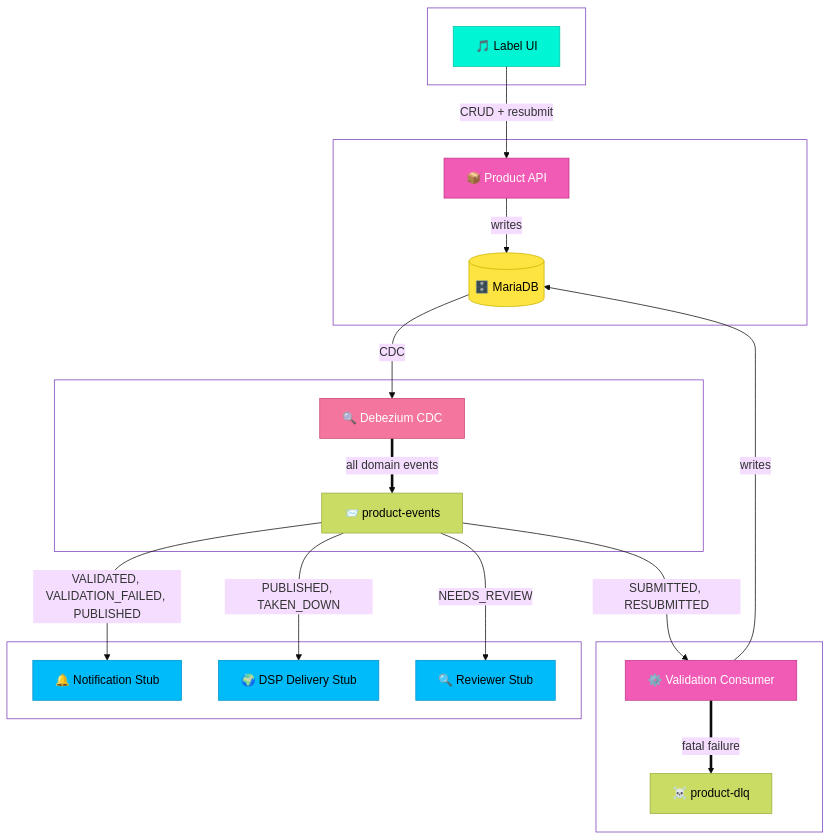
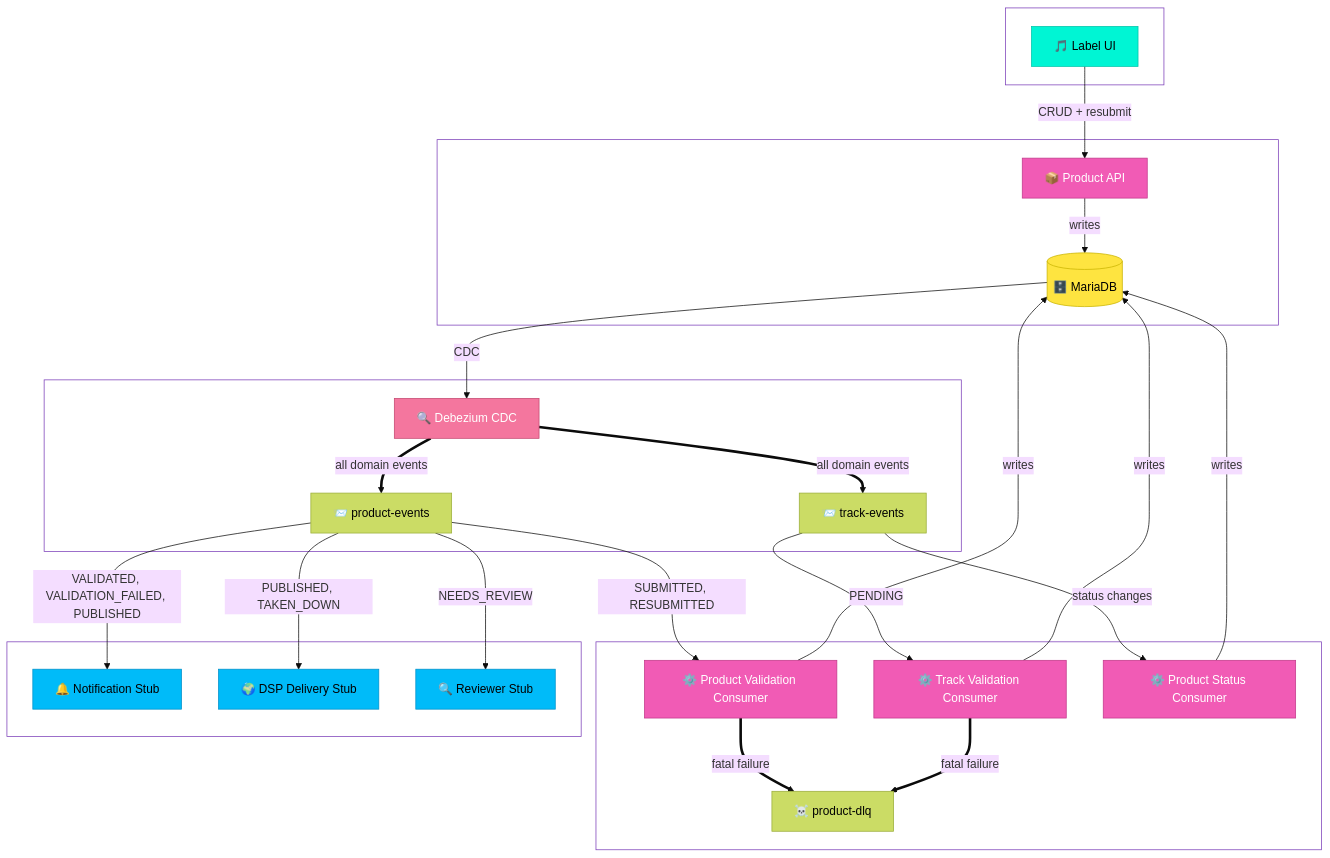
Before and after one commit to thisteensy/product-validation-service: the diagram in README.md, drawn with Mermaid.

Commit message:
updates chart in README

````diff
--- a/README.md
+++ b/README.md
@@ -17,60 +17,72 @@
 ```mermaid
 ---
 config:
   layout: dagre
   theme: base
 ---
 flowchart TB
  subgraph Clients["Clients"]
         LABEL_UI["🎵 Label UI"]
   end
  subgraph Core["Product Catalog Service"]
         PAPI["📦 Product API"]
         DB[("🗄️ MariaDB")]
   end
  subgraph Stream["Event Stream"]
         DEB["🔍 Debezium CDC"]
         T1["📨 product-events"]
+        T2["📨 track-events"]
   end
- subgraph QC["Validation Consumer"]
-        CONSUMER["⚙️ Validation Consumer"]
-        T2["☠️ product-dlq"]
+ subgraph QC["Validation Consumers"]
+        PCONSUMER["⚙️ Product Validation Consumer"]
+        TCONSUMER["⚙️ Track Validation Consumer"]
+        SCONSUMER["⚙️ Product Status Consumer"]
+        DLQ["☠️ product-dlq"]
   end
  subgraph Downstream["Downstream"]
         NOTIFY["🔔 Notification Stub"]
         DSP["🌍 DSP Delivery Stub"]
         REVIEWER["🔍 Reviewer Stub"]
   end
     LABEL_UI -- "CRUD + resubmit" --> PAPI
     PAPI -- writes --> DB
-    CONSUMER -- writes --> DB
+    PCONSUMER -- writes --> DB
+    TCONSUMER -- writes --> DB
+    SCONSUMER -- writes --> DB
     DB -- CDC --> DEB
     DEB == all domain events ==> T1
-    T1 -- SUBMITTED, RESUBMITTED --> CONSUMER
-    CONSUMER == fatal failure ==> T2
+    DEB == all domain events ==> T2
+    T1 -- SUBMITTED, RESUBMITTED --> PCONSUMER
+    PCONSUMER == fatal failure ==> DLQ
+    T2 -- PENDING --> TCONSUMER
+    TCONSUMER == fatal failure ==> DLQ
+    T2 -- status changes --> SCONSUMER
     T1 -- VALIDATED, VALIDATION_FAILED, PUBLISHED --> NOTIFY
     T1 -- PUBLISHED, TAKEN_DOWN --> DSP
     T1 -- NEEDS_REVIEW --> REVIEWER
 
      LABEL_UI:::external
      PAPI:::service
-     CONSUMER:::service
+     PCONSUMER:::service
+     TCONSUMER:::service
+     SCONSUMER:::service
      DB:::storage
      DEB:::infra
      T1:::topic
      T2:::topic
+     DLQ:::topic
      NOTIFY:::stub
      DSP:::stub
      REVIEWER:::stub
     classDef external fill:#00F5D4,stroke:#00C4A9,color:#000
     classDef service fill:#F15BB5,stroke:#C1398A,color:#fff
     classDef infra fill:#F4769E,stroke:#C44870,color:#fff
     classDef storage fill:#FEE440,stroke:#C9B400,color:#000
     classDef topic fill:#CBDC65,stroke:#9AAD3A,color:#000
     classDef stub fill:#00BBF9,stroke:#0090C9,color:#000
     style Clients fill:#fff,stroke:#7a3db8,color:#fff
     style Core fill:#fff,stroke:#7a3db8,color:#fff
     style Stream fill:#fff,stroke:#7a3db8,color:#fff
     style QC fill:#fff,stroke:#7a3db8,color:#fff
     style Downstream fill:#fff,stroke:#7a3db8,color:#fff
 ```
````
